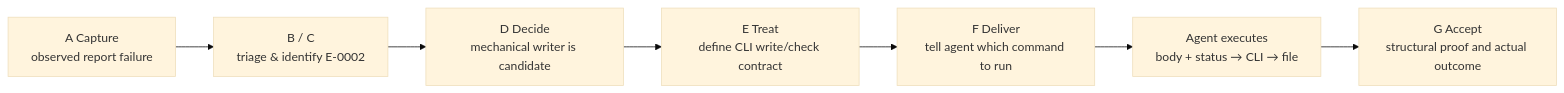
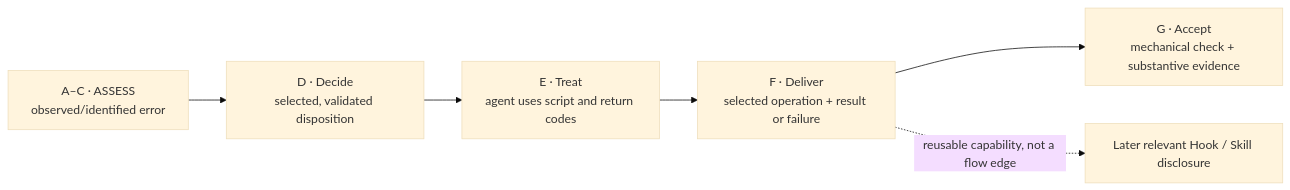
One commit to dyphn1/Harness-everything changed the second of 2 diagrams in docs/discussions/error-handling/details/e0002-report-writer.md. Above: the diagram before and after it, drawn with Mermaid (base theme). The commit also changed other lines of this file, not shown here.

Commit message:
docs(error-handling): align E-0002 Level 3 script, -o and failure returns

````diff
--- a/docs/discussions/error-handling/details/e0002-report-writer.md
+++ b/docs/discussions/error-handling/details/e0002-report-writer.md
@@ -77,9 +78,8 @@
 ```mermaid
 flowchart LR
-    A["A Capture<br/>observed report failure"] --> B["B / C<br/>triage & identify E-0002"]
-    B --> D["D Decide<br/>mechanical writer is candidate"]
-    D --> E["E Treat<br/>define CLI write/check contract"]
-    E --> F["F Deliver<br/>tell agent which command to run"]
-    F --> RUN["Agent executes<br/>body + status → CLI → file"]
-    RUN --> G["G Accept<br/>structural proof and actual outcome"]
+    A["A–C · ASSESS<br/>observed/identified error"] --> D["D · Decide<br/>selected, validated disposition"]
+    D --> E["E · Treat<br/>agent uses script and return codes"]
+    E --> F["F · Deliver<br/>selected operation + result or failure"]
+    F --> G["G · Accept<br/>mechanical check + substantive evidence"]
+    F -. "reusable capability, not a flow edge" .-> HOOK["Later relevant Hook / Skill disclosure"]
 ```
````
